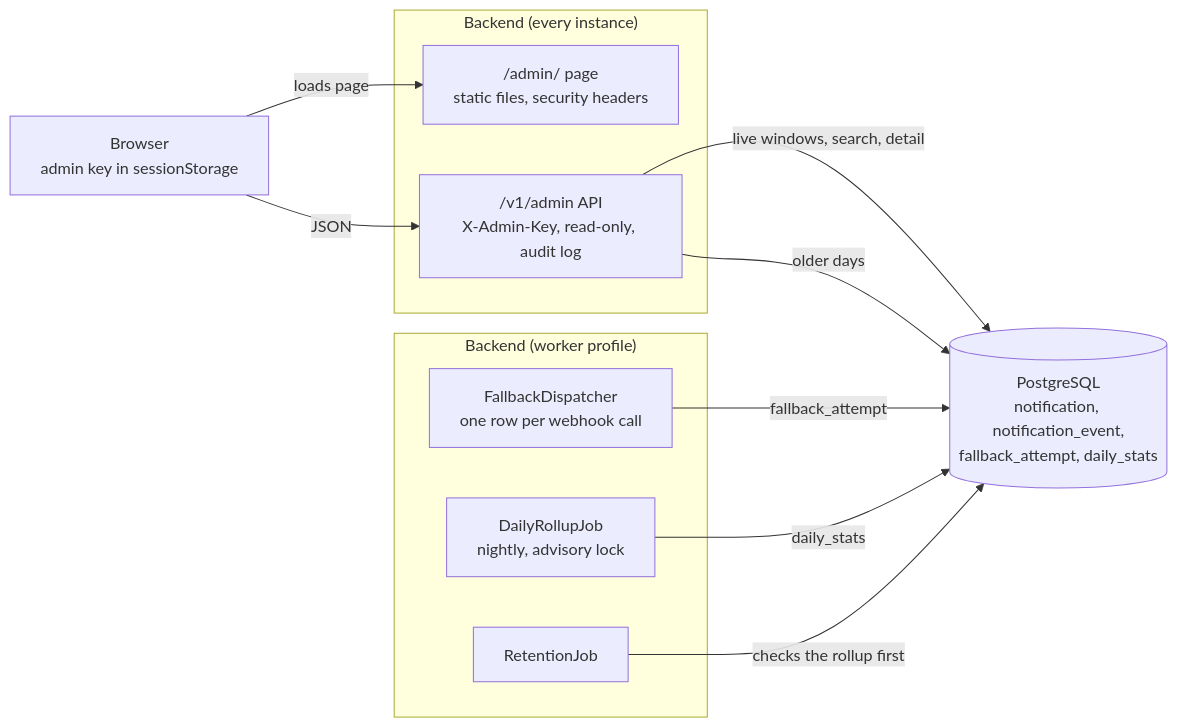
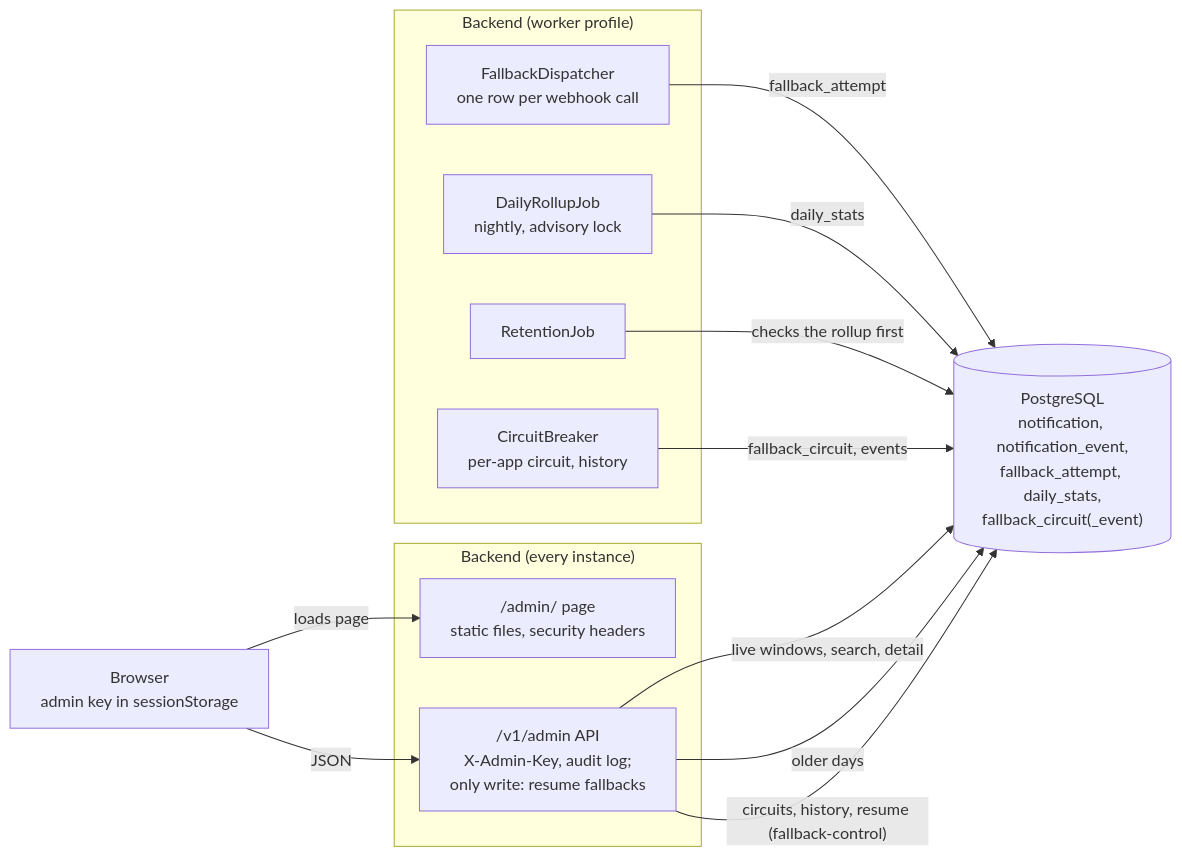
Before and after one commit to valentirob/reliable-push: the seventh of 13 diagrams in docs/overview.md, drawn with Mermaid. The commit also changed other lines of this file and 22 other files, not shown here.

First line of the commit message:
docs: fallback circuit breaker

````diff
--- a/docs/overview.md
+++ b/docs/overview.md
@@ -201,21 +214,24 @@
 ```mermaid
 flowchart LR
   BR["Browser<br/>admin key in sessionStorage"]
   subgraph be["Backend (every instance)"]
     PG["/admin/ page<br/>static files, security headers"]
-    AA["/v1/admin API<br/>X-Admin-Key, read-only, audit log"]
+    AA["/v1/admin API<br/>X-Admin-Key, audit log;<br/>only write: resume fallbacks"]
   end
   subgraph wk["Backend (worker profile)"]
     WR["FallbackDispatcher<br/>one row per webhook call"]
     RU["DailyRollupJob<br/>nightly, advisory lock"]
     RJ["RetentionJob"]
+    CB["CircuitBreaker<br/>per-app circuit, history"]
   end
-  DB[("PostgreSQL<br/>notification, notification_event,<br/>fallback_attempt, daily_stats")]
+  DB[("PostgreSQL<br/>notification, notification_event,<br/>fallback_attempt, daily_stats,<br/>fallback_circuit(_event)")]
   BR -- "loads page" --> PG
   BR -- "JSON" --> AA
   AA -- "live windows, search, detail" --> DB
   AA -- "older days" --> DB
   WR -- "fallback_attempt" --> DB
   RU -- "daily_stats" --> DB
   RJ -- "checks the rollup first" --> DB
+  CB -- "fallback_circuit, events" --> DB
+  AA -- "circuits, history, resume (fallback-control)" --> DB
 ```
````
